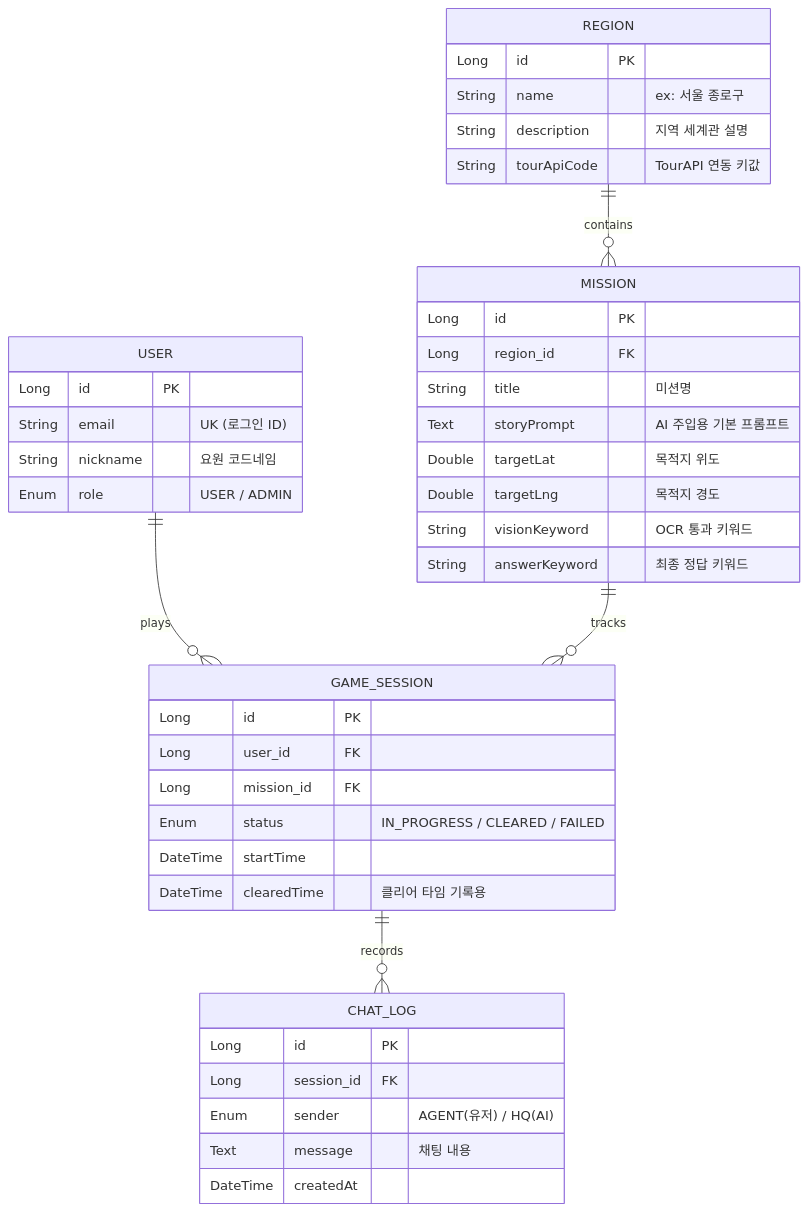
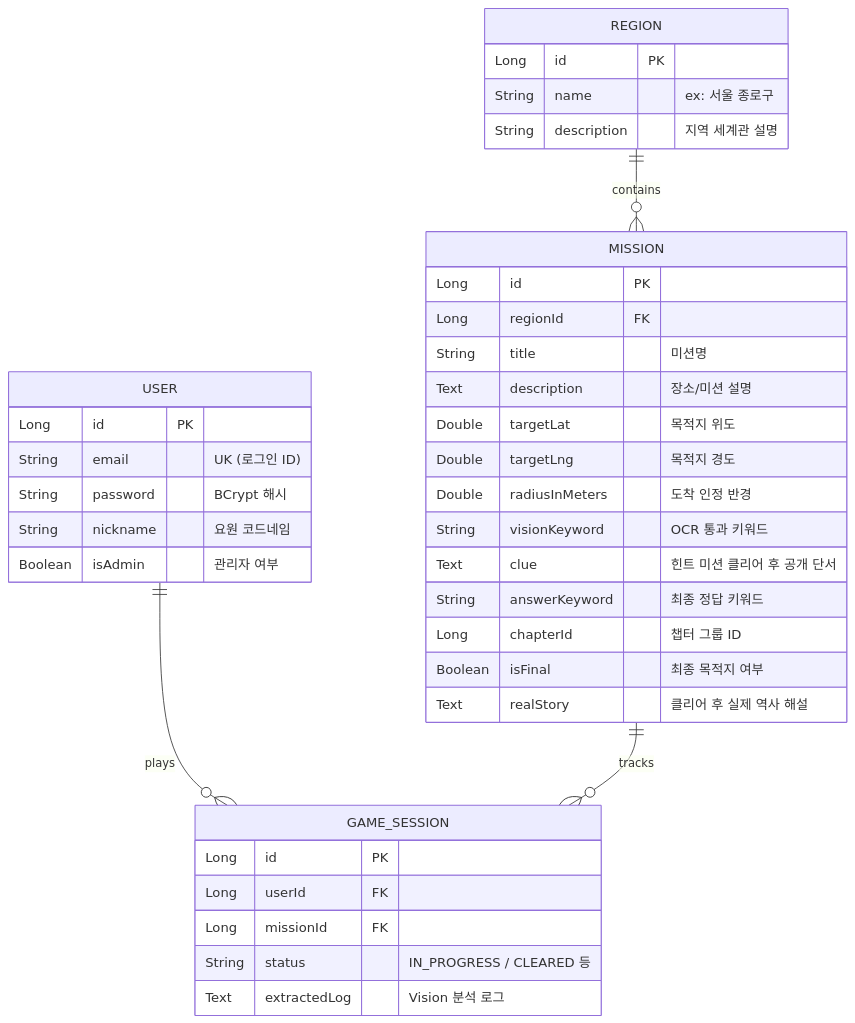
One commit to kanghyunsoon/operation-seoul changed the second of 2 diagrams in README.md. Above: the diagram before and after it, drawn with Mermaid. The commit also changed other lines of this file, not shown here.

Commit message:
docs: README 도메인 모델을 실제 엔티티 구조에 맞게 갱신

````diff
--- a/README.md
+++ b/README.md
@@ -80,49 +80,44 @@
 ```mermaid
 erDiagram
     USER ||--o{ GAME_SESSION : plays
     REGION ||--o{ MISSION : contains
     MISSION ||--o{ GAME_SESSION : tracks
-    GAME_SESSION ||--o{ CHAT_LOG : records
 
     USER {
         Long id PK
         String email "UK (로그인 ID)"
+        String password "BCrypt 해시"
         String nickname "요원 코드네임"
-        Enum role "USER / ADMIN"
+        Boolean isAdmin "관리자 여부"
     }
     
     REGION {
         Long id PK
         String name "ex: 서울 종로구"
         String description "지역 세계관 설명"
-        String tourApiCode "TourAPI 연동 키값"
     }
     
     MISSION {
         Long id PK
-        Long region_id FK
+        Long regionId FK
         String title "미션명"
-        Text storyPrompt "AI 주입용 기본 프롬프트"
+        Text description "장소/미션 설명"
         Double targetLat "목적지 위도"
         Double targetLng "목적지 경도"
+        Double radiusInMeters "도착 인정 반경"
         String visionKeyword "OCR 통과 키워드"
+        Text clue "힌트 미션 클리어 후 공개 단서"
         String answerKeyword "최종 정답 키워드"
+        Long chapterId "챕터 그룹 ID"
+        Boolean isFinal "최종 목적지 여부"
+        Text realStory "클리어 후 실제 역사 해설"
     }
     
     GAME_SESSION {
         Long id PK
-        Long user_id FK
-        Long mission_id FK
-        Enum status "IN_PROGRESS / CLEARED / FAILED"
-        DateTime startTime
-        DateTime clearedTime "클리어 타임 기록용"
-    }
-    
-    CHAT_LOG {
-        Long id PK
-        Long session_id FK
-        Enum sender "AGENT(유저) / HQ(AI)"
-        Text message "채팅 내용"
-        DateTime createdAt
+        Long userId FK
+        Long missionId FK
+        String status "IN_PROGRESS / CLEARED 등"
+        Text extractedLog "Vision 분석 로그"
     }
 ```
````
